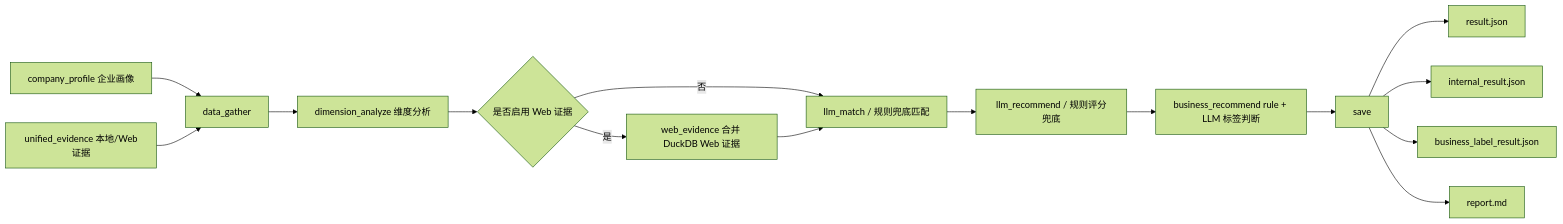
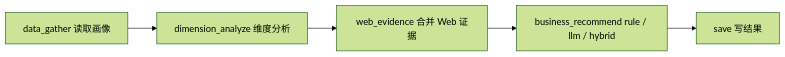
Before and after one commit to leeing/xft-dd: the second of 4 diagrams in docs/ARCHITECTURE.md, drawn with Mermaid (forest theme). The commit also changed other lines of this file and 42 other files, not shown here.

````diff
--- a/docs/ARCHITECTURE.md
+++ b/docs/ARCHITECTURE.md
@@ -100,17 +27,7 @@
 ```mermaid
 flowchart LR
-    profile["company_profile 企业画像"] --> gather["data_gather"]
-    evidence["unified_evidence 本地/Web证据"] --> gather
-    gather --> dim["dimension_analyze 维度分析"]
-    dim --> webnode{"是否启用 Web 证据"}
-    webnode -->|否| match["llm_match / 规则兜底匹配"]
-    webnode -->|是| webev["web_evidence 合并 DuckDB Web 证据"]
-    webev --> match
-    match --> recnode["llm_recommend / 规则评分兜底"]
-    recnode --> biz["business_recommend rule + LLM 标签判断"]
-    biz --> save["save"]
-    save --> result["result.json"]
-    save --> internal["internal_result.json"]
-    save --> labelres["business_label_result.json"]
-    save --> md["report.md"]
+    gather["data_gather 读取画像"] --> analyze["dimension_analyze 维度分析"]
+    analyze --> webnode["web_evidence 合并 Web 证据"]
+    webnode --> business["business_recommend rule / llm / hybrid"]
+    business --> save["save 写结果"]
 ```
````
